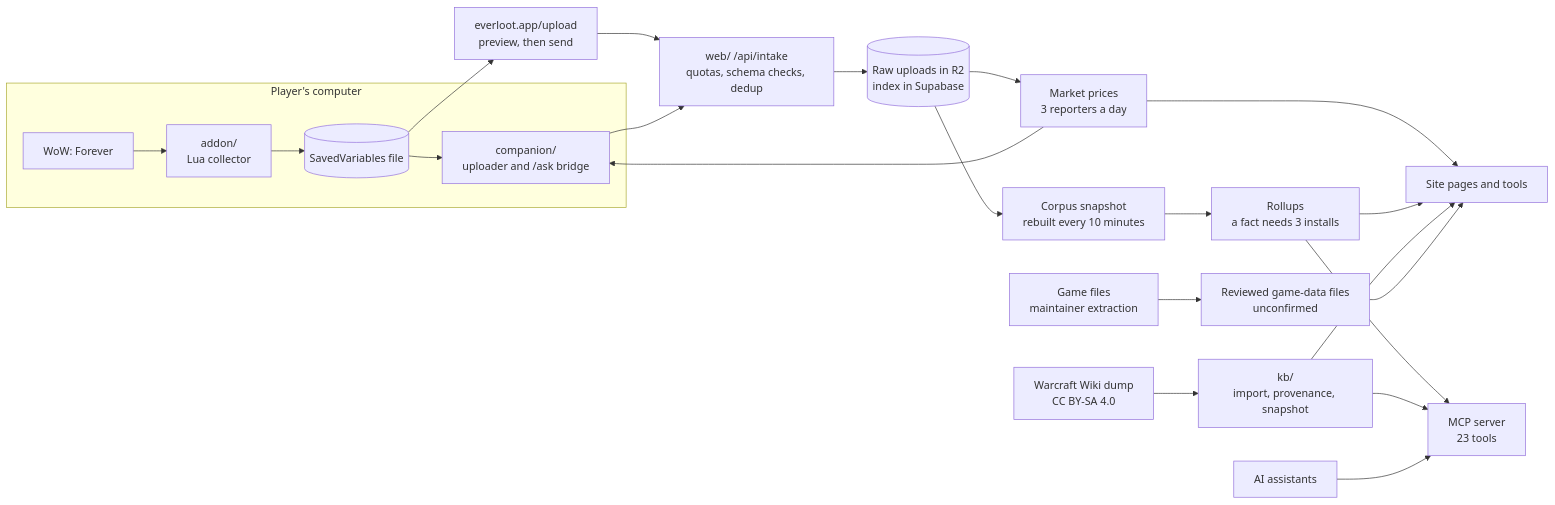
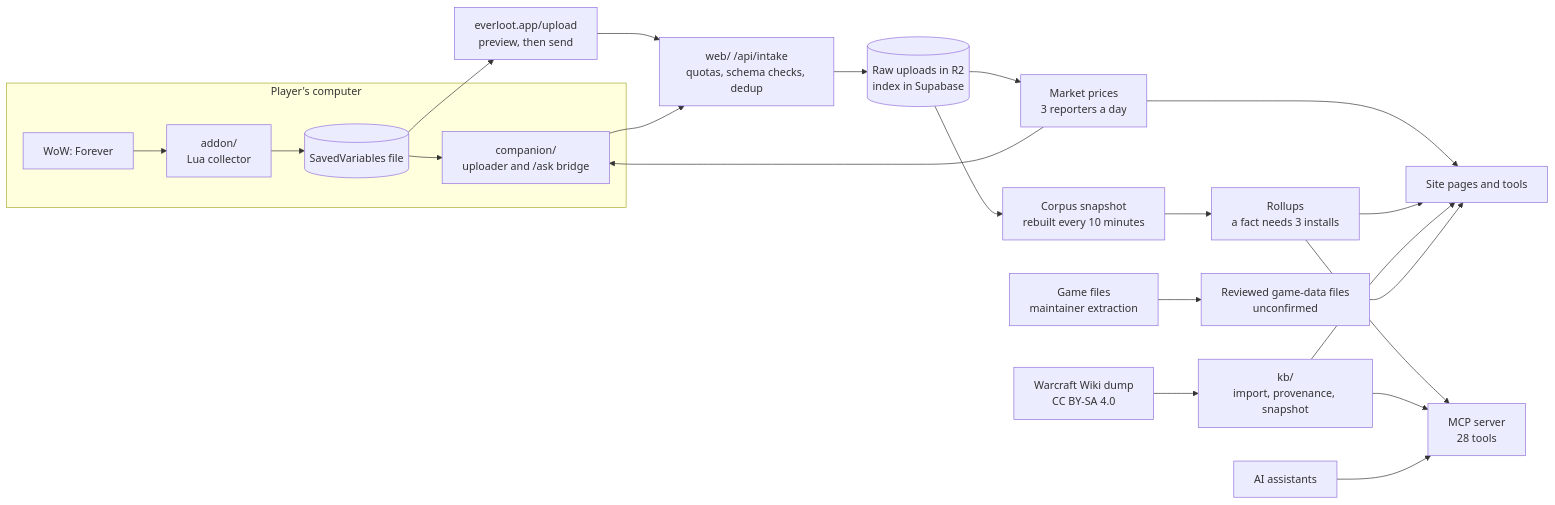
The diagram in README.md (CDVolvik/everloot), drawn with Mermaid before and after one commit. The commit also changed other lines of this file and 7 other files, not shown here.

````diff
--- a/README.md
+++ b/README.md
@@ -81,25 +81,25 @@
 ```mermaid
 flowchart LR
   subgraph player["Player's computer"]
     game["WoW: Forever"] --> addon["addon/<br/>Lua collector"]
     addon --> sv[("SavedVariables file")]
     sv --> companion["companion/<br/>uploader and /ask bridge"]
   end
   sv --> upload["everloot.app/upload<br/>preview, then send"]
   upload --> intake["web/ /api/intake<br/>quotas, schema checks, dedup"]
   companion --> intake
   intake --> store[("Raw uploads in R2<br/>index in Supabase")]
   store --> corpus["Corpus snapshot<br/>rebuilt every 10 minutes"]
   corpus --> rollups["Rollups<br/>a fact needs 3 installs"]
   store --> market["Market prices<br/>3 reporters a day"]
   market --> site
   market --> companion
   rollups --> site["Site pages and tools"]
-  rollups --> mcp["MCP server<br/>23 tools"]
+  rollups --> mcp["MCP server<br/>28 tools"]
   wiki["Warcraft Wiki dump<br/>CC BY-SA 4.0"] --> kb["kb/<br/>import, provenance, snapshot"]
   files["Game files<br/>maintainer extraction"] --> gamedata["Reviewed game-data files<br/>unconfirmed"]
   kb --> site
   kb --> mcp
   gamedata --> site
   assistant["AI assistants"] --> mcp
 ```
````
